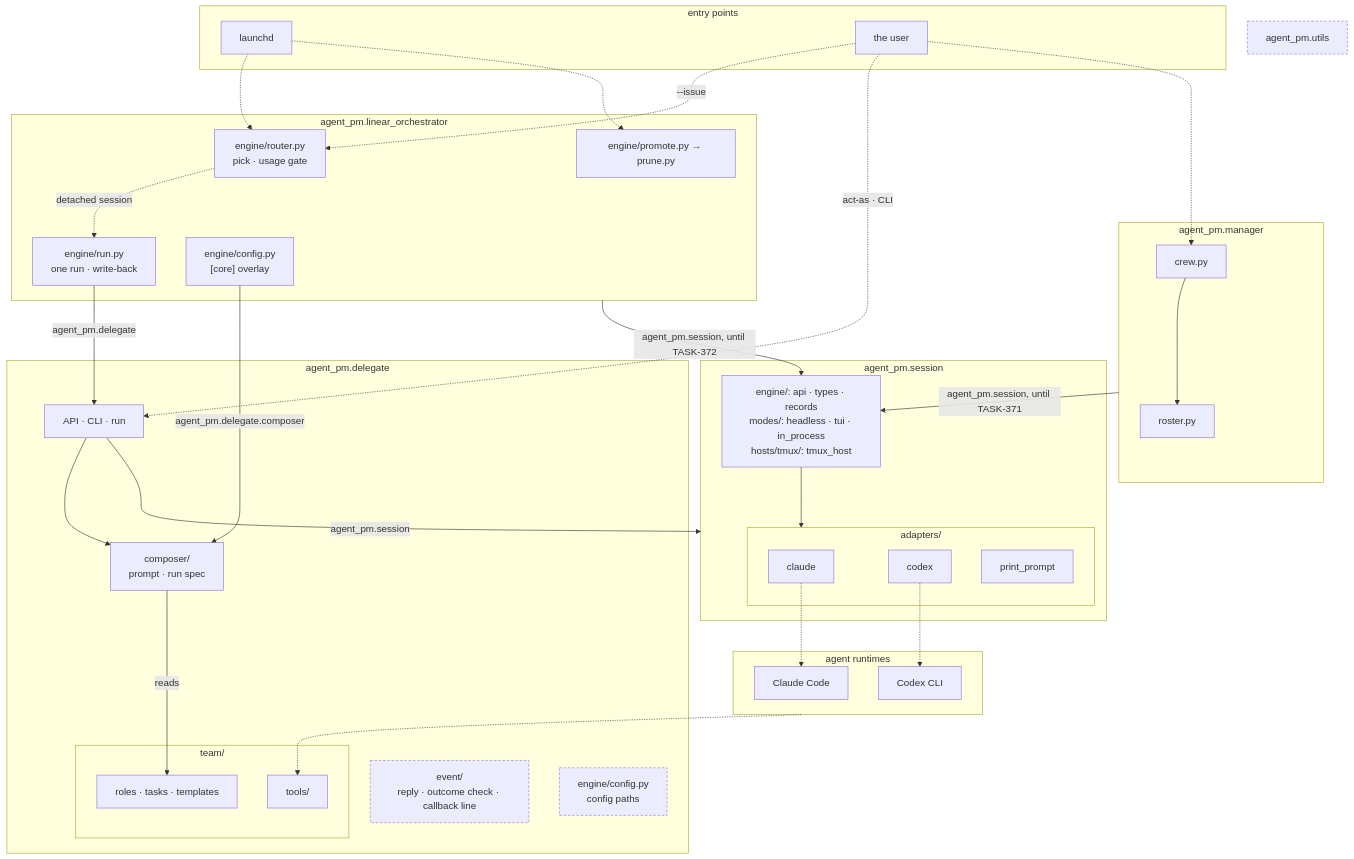
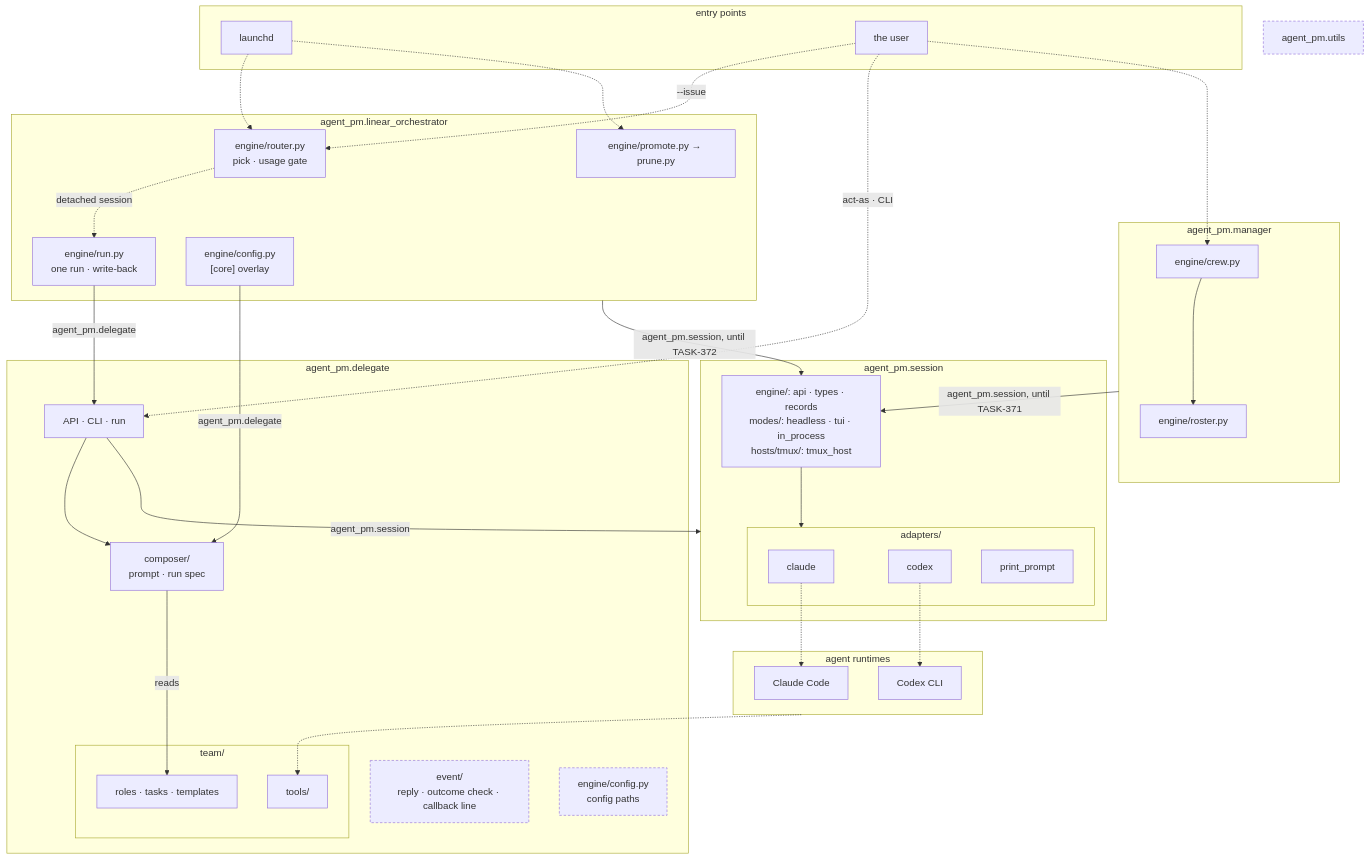
Before and after one commit to ophis/agent-pm: the second of 4 diagrams in README.md, drawn with Mermaid. The commit also changed other lines of this file and 339 other files, not shown here.

````diff
--- a/README.md
+++ b/README.md
@@ -18,57 +18,57 @@
 ```mermaid
 flowchart TB
   subgraph EN[entry points]
     LD[launchd]
     HU[the user]
   end
   subgraph MG[agent_pm.manager]
-    W[crew.py] --> RS[roster.py]
+    W["engine/crew.py"] --> RS["engine/roster.py"]
   end
   subgraph LO[agent_pm.linear_orchestrator]
     R["engine/router.py<br>pick · usage gate"]
     RU["engine/run.py<br>one run · write-back"]
     PP["engine/promote.py → prune.py"]
     LC["engine/config.py<br>[core] overlay"]
   end
   subgraph DL[agent_pm.delegate]
     D["API · CLI · run"]
     C["composer/<br>prompt · run spec"]
     EV["event/<br>reply · outcome check · callback line"]
     CF["engine/config.py<br>config paths"]
     subgraph TM[team/]
       T["roles · tasks · templates"]
       AT[tools/]
     end
   end
   subgraph SE[agent_pm.session]
     DR["engine/: api · types · records<br>modes/: headless · tui · in_process<br>hosts/tmux/: tmux_host"]
     subgraph AD[adapters/]
       CL[claude]
       CX[codex]
       PR[print_prompt]
     end
   end
   U[agent_pm.utils]
   subgraph RT[agent runtimes]
     P1[Claude Code]
     P2[Codex CLI]
   end
   LD -.-> R & PP
   HU -.->|"--issue"| R
   HU -.->|"act-as · CLI"| D
   HU -.-> W
   R -.->|detached session| RU
   RU -->|agent_pm.delegate| D
-  LC -->|agent_pm.delegate.composer| C
+  LC -->|agent_pm.delegate| C
   LO -->|"agent_pm.session, until TASK-372"| DR
   MG -->|"agent_pm.session, until TASK-371"| DR
   D --> C
   D -->|agent_pm.session| SE
   C -->|reads| T
   DR --> AD
   CL -.-> P1
   CX -.-> P2
   RT -.-> AT
   classDef shared stroke-dasharray: 4 3
   class EV,U,CF shared
 ```
````
